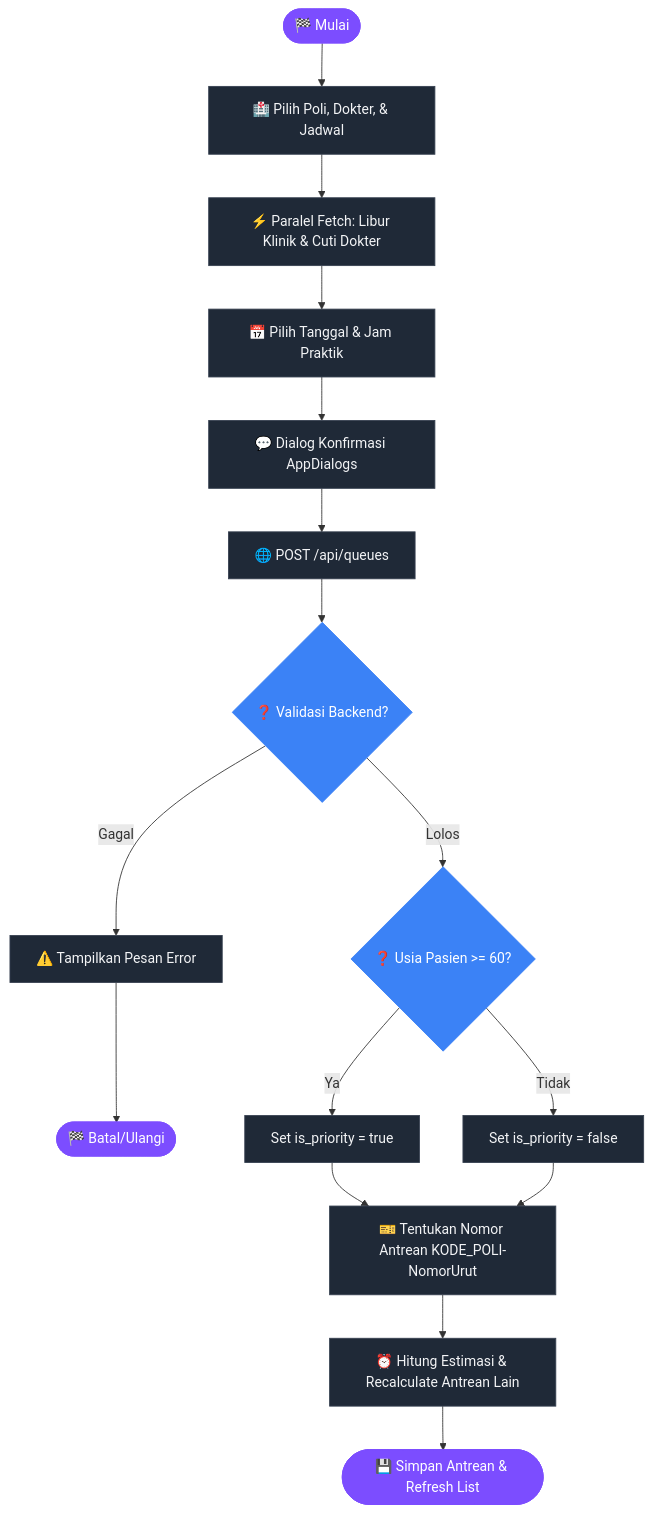
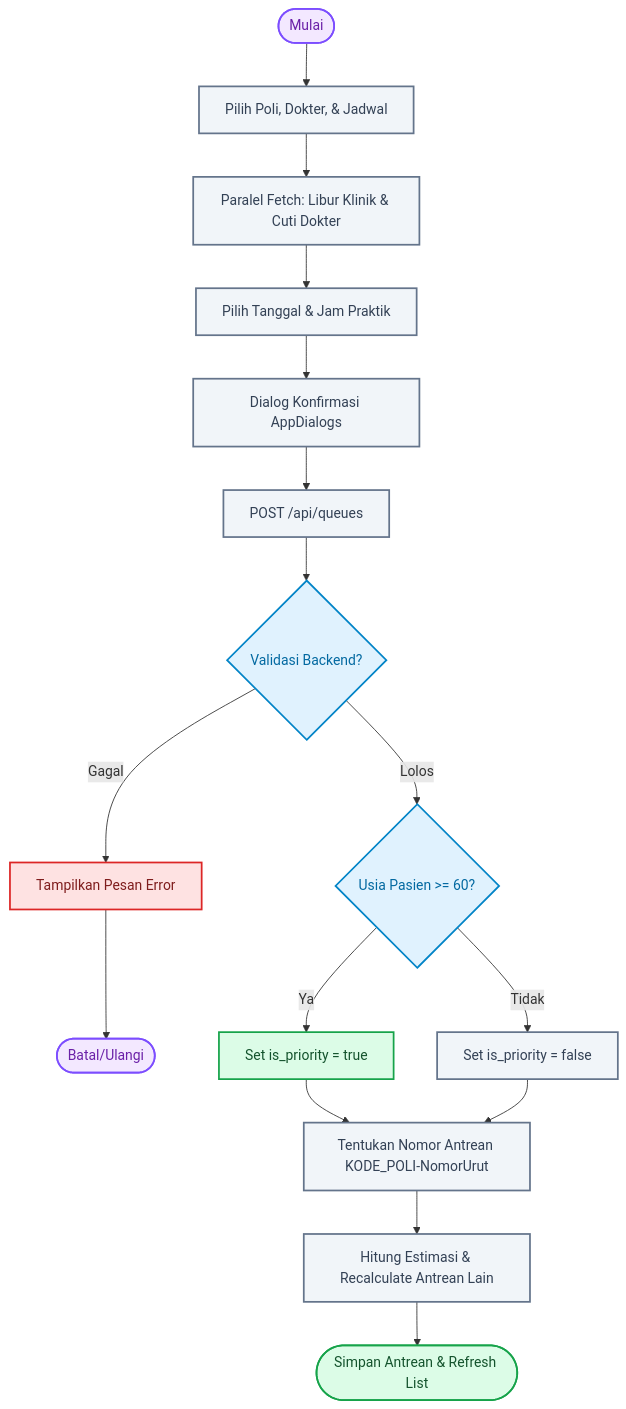
The fourth of 10 diagrams in dokumentasi/ALUR_BISNIS.md (Rezi14/NalaSeva-Mobile-Test), drawn with Mermaid before and after one commit. The commit also changed other lines of this file and 1 other file, not shown here.

````diff
--- a/dokumentasi/ALUR_BISNIS.md
+++ b/dokumentasi/ALUR_BISNIS.md
@@ -118,22 +124,24 @@
 ```mermaid
 flowchart TD
-    classDef default fill:#1f2937,stroke:#374151,stroke-width:1px,color:#f3f4f6;
-    classDef startEnd fill:#7c4dff,stroke:#7c4dff,color:#fff;
-    classDef decision fill:#3b82f6,stroke:#3b82f6,color:#fff;
+    classDef startEnd fill:#f3e8ff,stroke:#7c4dff,stroke-width:2px,color:#6b21a8;
+    classDef decision fill:#e0f2fe,stroke:#0284c7,stroke-width:2px,color:#0369a1;
+    classDef process fill:#f1f5f9,stroke:#64748b,stroke-width:2px,color:#334155;
+    classDef success fill:#dcfce7,stroke:#16a34a,stroke-width:2px,color:#14532d;
+    classDef fail fill:#fee2e2,stroke:#dc2626,stroke-width:2px,color:#7f1d1d;
 
-    Start([🏁 Mulai]):::startEnd --> Form[🏥 Pilih Poli, Dokter, & Jadwal]
-    Form --> FetchPar[⚡ Paralel Fetch: Libur Klinik & Cuti Dokter]
-    FetchPar --> Picker[📅 Pilih Tanggal & Jam Praktik]
-    Picker --> Confirm[💬 Dialog Konfirmasi AppDialogs]
-    Confirm --> API[🌐 POST /api/queues]
-    API --> Valid{❓ Validasi Backend?}:::decision
+    Start([Mulai]):::startEnd --> Form[Pilih Poli, Dokter, & Jadwal]:::process
+    Form --> FetchPar[Paralel Fetch: Libur Klinik & Cuti Dokter]:::process
+    FetchPar --> Picker[Pilih Tanggal & Jam Praktik]:::process
+    Picker --> Confirm[Dialog Konfirmasi AppDialogs]:::process
+    Confirm --> API[POST /api/queues]:::process
+    API --> Valid{Validasi Backend?}:::decision
     
-    Valid -- Gagal --> Error[⚠️ Tampilkan Pesan Error] --> EndFail([🏁 Batal/Ulangi]):::startEnd
-    Valid -- Lolos --> AgeCheck{❓ Usia Pasien >= 60?}:::decision
+    Valid -- Gagal --> Error[Tampilkan Pesan Error]:::fail --> EndFail([Batal/Ulangi]):::startEnd
+    Valid -- Lolos --> AgeCheck{Usia Pasien >= 60?}:::decision
     
-    AgeCheck -- Ya --> Priority["Set is_priority = true"] --> Numbering
-    AgeCheck -- Tidak --> Reguler["Set is_priority = false"] --> Numbering
+    AgeCheck -- Ya --> Priority["Set is_priority = true"]:::success --> Numbering
+    AgeCheck -- Tidak --> Reguler["Set is_priority = false"]:::process --> Numbering
     
-    Numbering[🎫 Tentukan Nomor Antrean KODE_POLI-NomorUrut] --> CalcTime[⏰ Hitung Estimasi & Recalculate Antrean Lain]
-    CalcTime --> Finish([💾 Simpan Antrean & Refresh List]):::startEnd
+    Numbering[Tentukan Nomor Antrean KODE_POLI-NomorUrut]:::process --> CalcTime[Hitung Estimasi & Recalculate Antrean Lain]:::process
+    CalcTime --> Finish([Simpan Antrean & Refresh List]):::success
 ```
````
